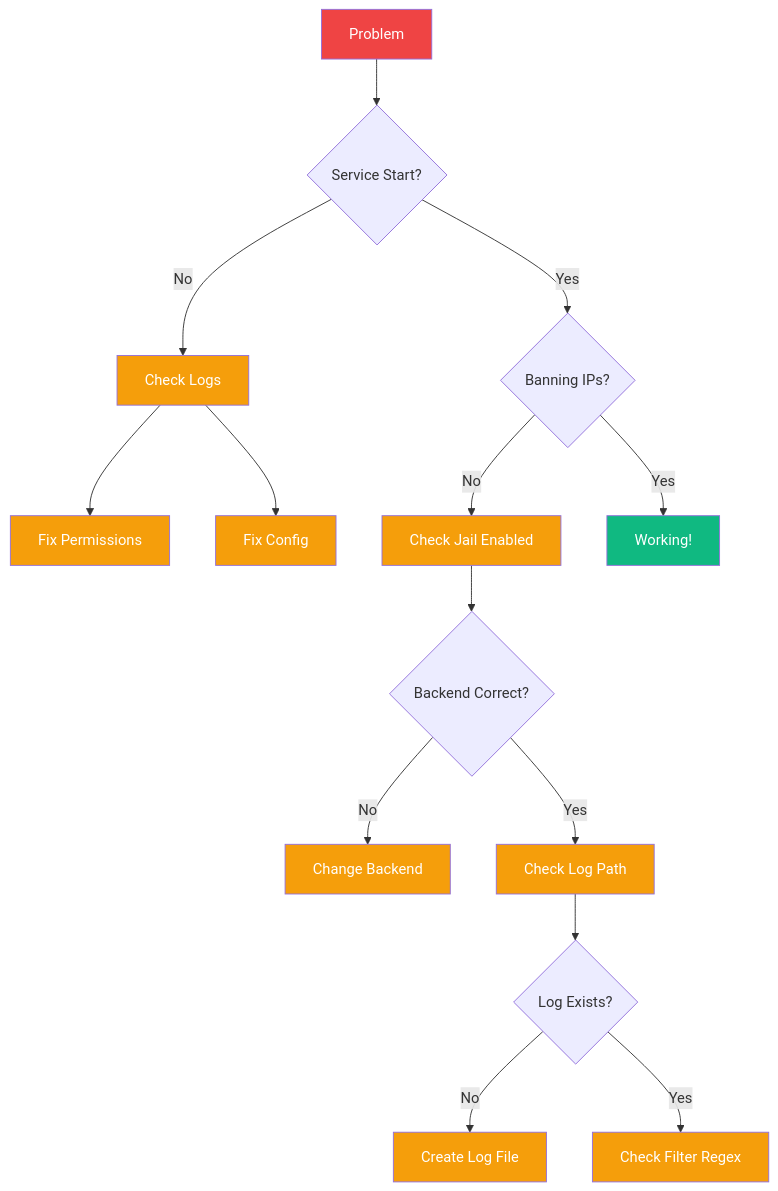
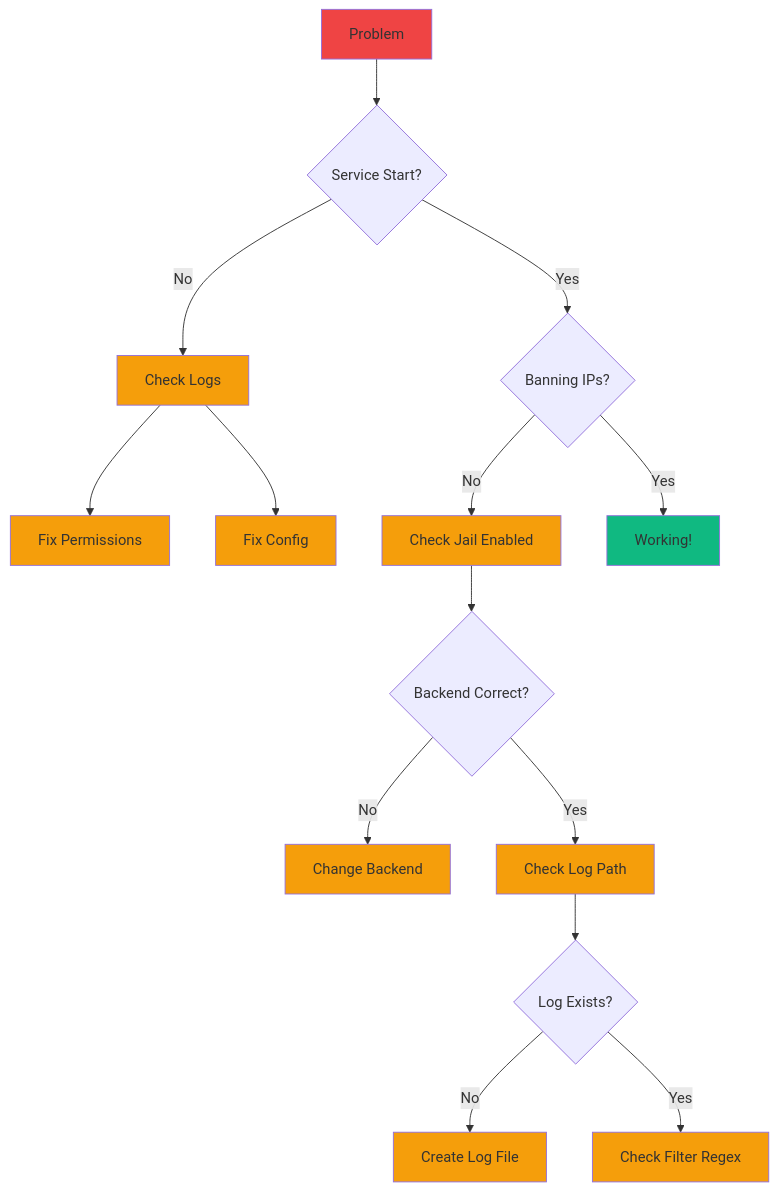
The eighth of 8 diagrams in docs/use-cases/fail2ban-opencloudos.md (fanani-radian/openclaw-sumopod), drawn with Mermaid before and after one commit. The commit also changed other lines of this file, not shown here.

First line of the commit message:
fix(fail2ban): Fix Mermaid diagram syntax for GitHub rendering

````diff
--- a/docs/use-cases/fail2ban-opencloudos.md
+++ b/docs/use-cases/fail2ban-opencloudos.md
@@ -616,30 +475,30 @@
 ```mermaid
 flowchart TD
     A[Problem] --> B{Service Start?}
     B -->|No| C[Check Logs]
     C --> D[Fix Permissions]
     C --> E[Fix Config]
     
     B -->|Yes| F{Banning IPs?}
     F -->|No| G[Check Jail Enabled]
     F -->|Yes| H[Working!]
     
     G --> I{Backend Correct?}
     I -->|No| J[Change Backend]
     I -->|Yes| K[Check Log Path]
     
     K --> L{Log Exists?}
     L -->|No| M[Create Log File]
     L -->|Yes| N[Check Filter Regex]
     
-    style A fill:#ef4444,color:#fff
-    style H fill:#10b981,color:#fff
-    style C fill:#f59e0b,color:#fff
-    style D fill:#f59e0b,color:#fff
-    style E fill:#f59e0b,color:#fff
-    style G fill:#f59e0b,color:#fff
-    style J fill:#f59e0b,color:#fff
-    style K fill:#f59e0b,color:#fff
-    style M fill:#f59e0b,color:#fff
-    style N fill:#f59e0b,color:#fff
+    style A fill:#ef4444
+    style H fill:#10b981
+    style C fill:#f59e0b
+    style D fill:#f59e0b
+    style E fill:#f59e0b
+    style G fill:#f59e0b
+    style J fill:#f59e0b
+    style K fill:#f59e0b
+    style M fill:#f59e0b
+    style N fill:#f59e0b
 ```
````
